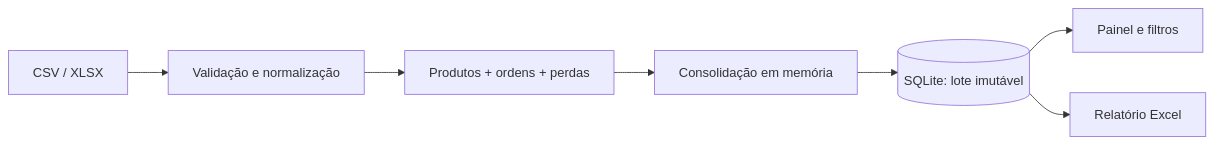
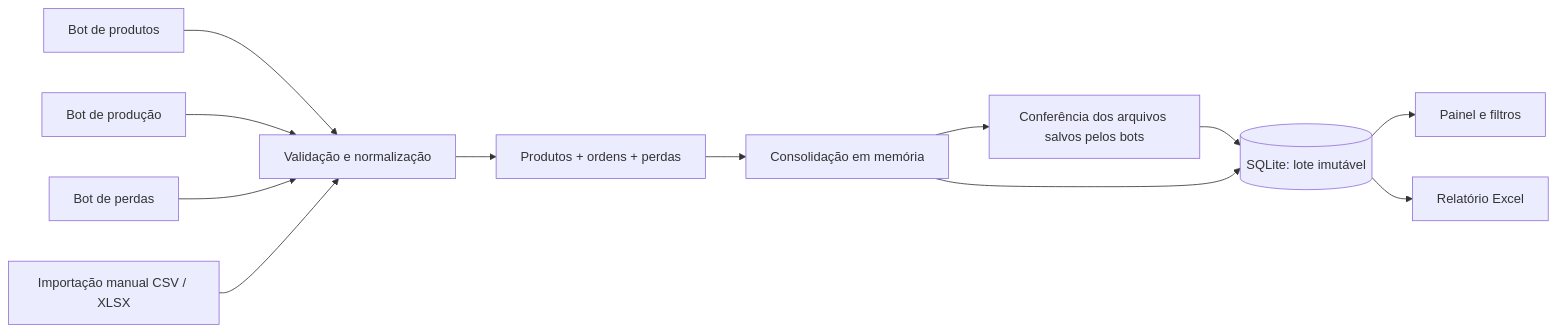
The diagram in README.md (alex10presam-lang/scrapflow), drawn with Mermaid before and after one commit. The commit also changed other lines of this file and 18 other files, not shown here.

````diff
--- a/README.md
+++ b/README.md
@@ -88,9 +115,14 @@
 ```mermaid
 flowchart LR
-    A[CSV / XLSX] --> B[Validação e normalização]
+    T[Bot de produtos] --> B[Validação e normalização]
+    U[Bot de produção] --> B
+    V[Bot de perdas] --> B
+    A[Importação manual CSV / XLSX] --> B
     B --> C[Produtos + ordens + perdas]
     C --> D[Consolidação em memória]
-    D --> E[(SQLite: lote imutável)]
+    D --> X[Conferência dos arquivos salvos pelos bots]
+    X --> E[(SQLite: lote imutável)]
+    D --> E
     E --> F[Painel e filtros]
     E --> G[Relatório Excel]
 ```
````
